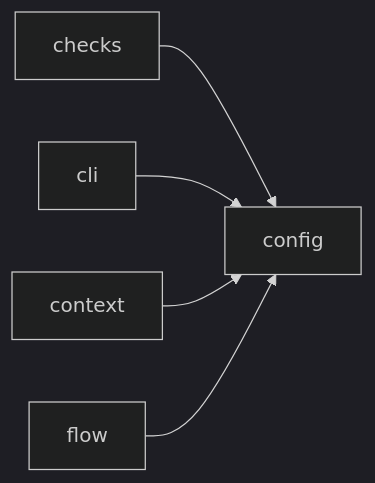
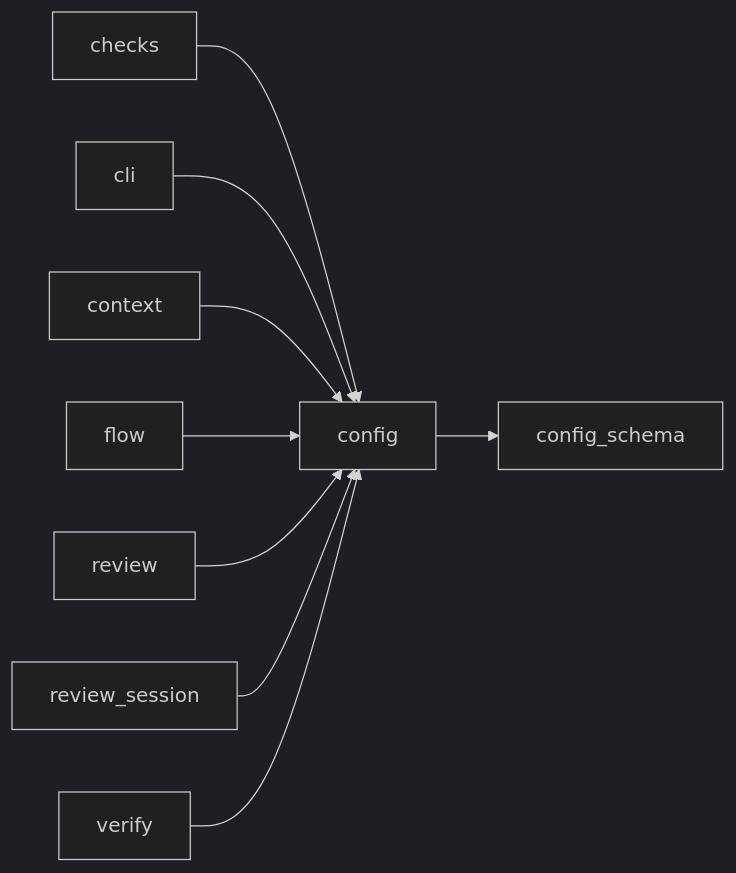
The diagram in docs/architecture/modules/config.md (plaplanche/ariane), drawn with Mermaid (dark theme) before and after one commit. The commit also changed other lines of this file and 25 other files, not shown here.

````diff
--- a/docs/architecture/modules/config.md
+++ b/docs/architecture/modules/config.md
@@ -24,7 +24,11 @@
 ```mermaid
 flowchart LR
   checks --> config
   cli --> config
   context --> config
   flow --> config
+  config --> config_schema
+  review --> config
+  review_session --> config
+  verify --> config
 ```
````
